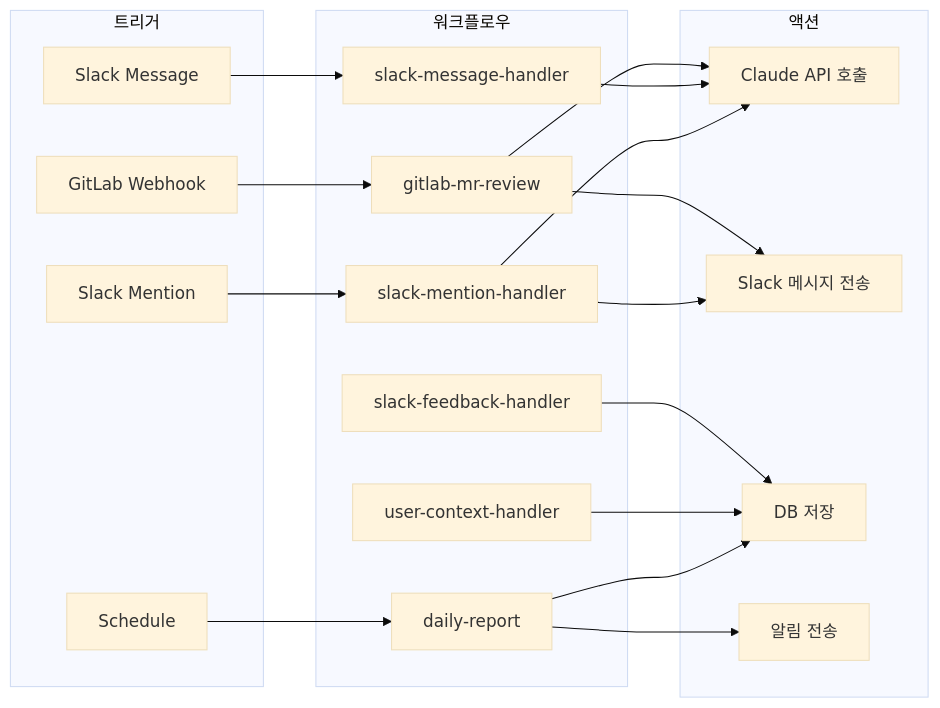
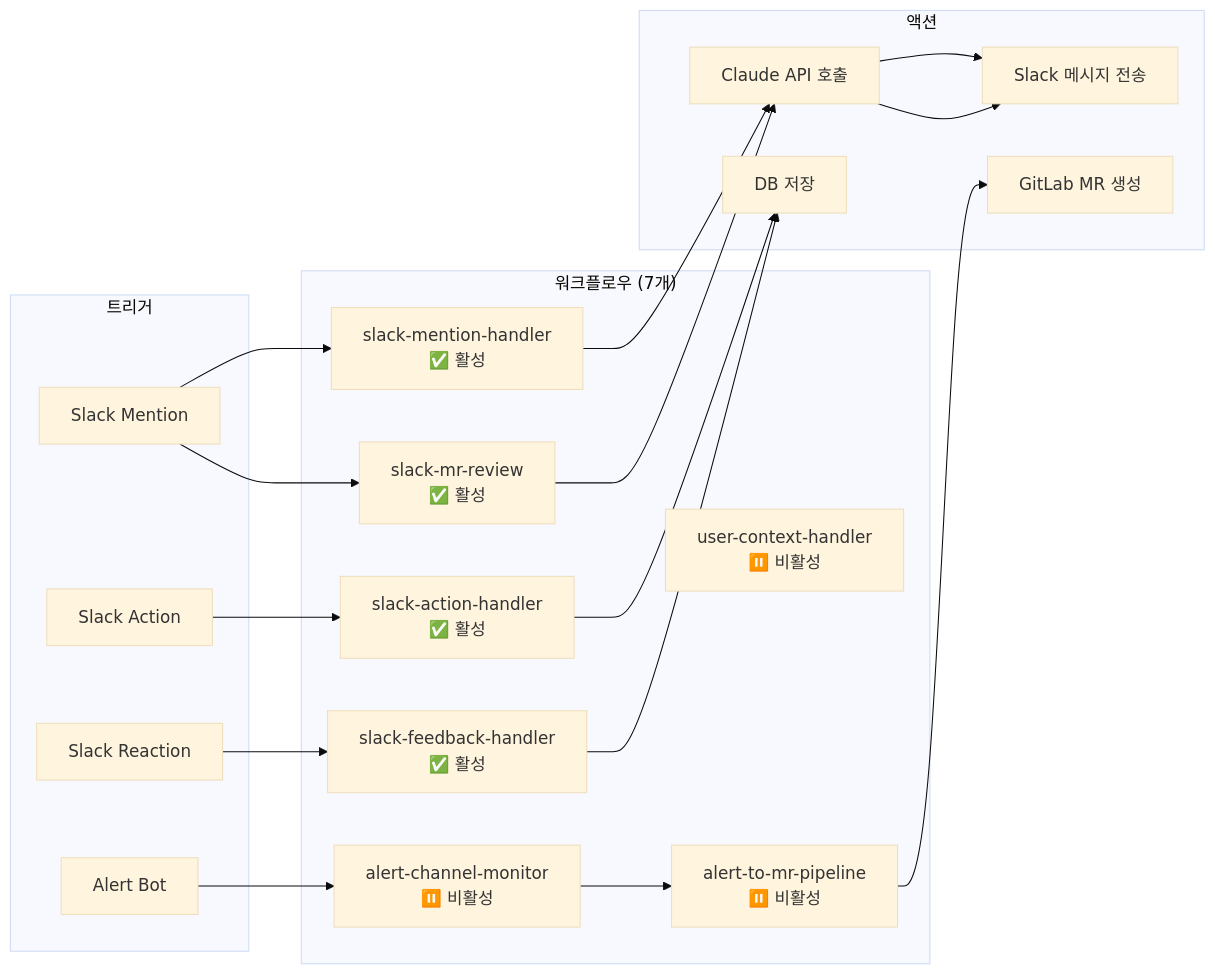
Before and after one commit to Gyeom/claude-flow: the eighth of 16 diagrams in docs/ARCHITECTURE.md, drawn with Mermaid (base theme). The commit also changed other lines of this file and 1 other file, not shown here.

````diff
--- a/docs/ARCHITECTURE.md
+++ b/docs/ARCHITECTURE.md
@@ -345,40 +364,38 @@
 ```mermaid
 flowchart LR
     subgraph Triggers["트리거"]
         W1["Slack Mention"]
-        W2["Slack Message"]
-        W3["GitLab Webhook"]
-        W4["Schedule"]
+        W2["Slack Reaction"]
+        W3["Slack Action"]
+        W4["Alert Bot"]
     end
 
-    subgraph Workflows["워크플로우"]
-        WF1["slack-mention-handler"]
-        WF2["slack-message-handler"]
-        WF3["gitlab-mr-review"]
-        WF4["daily-report"]
-        WF5["user-context-handler"]
-        WF6["slack-feedback-handler"]
+    subgraph Workflows["워크플로우 (7개)"]
+        WF1["slack-mention-handler<br/>✅ 활성"]
+        WF2["slack-mr-review<br/>✅ 활성"]
+        WF3["slack-action-handler<br/>✅ 활성"]
+        WF4["slack-feedback-handler<br/>✅ 활성"]
+        WF5["user-context-handler<br/>⏸️ 비활성"]
+        WF6["alert-channel-monitor<br/>⏸️ 비활성"]
+        WF7["alert-to-mr-pipeline<br/>⏸️ 비활성"]
     end
 
     subgraph Actions["액션"]
         A1["Claude API 호출"]
         A2["Slack 메시지 전송"]
         A3["DB 저장"]
-        A4["알림 전송"]
+        A4["GitLab MR 생성"]
     end
 
     W1 --> WF1
-    W2 --> WF2
+    W1 --> WF2
+    W2 --> WF4
     W3 --> WF3
-    W4 --> WF4
+    W4 --> WF6
 
-    WF1 --> A1
-    WF1 --> A2
-    WF2 --> A1
-    WF3 --> A1
-    WF3 --> A2
+    WF1 --> A1 --> A2
+    WF2 --> A1 --> A2
+    WF3 --> A3
     WF4 --> A3
-    WF4 --> A4
-    WF5 --> A3
-    WF6 --> A3
+    WF6 --> WF7 --> A4
 ```
````
